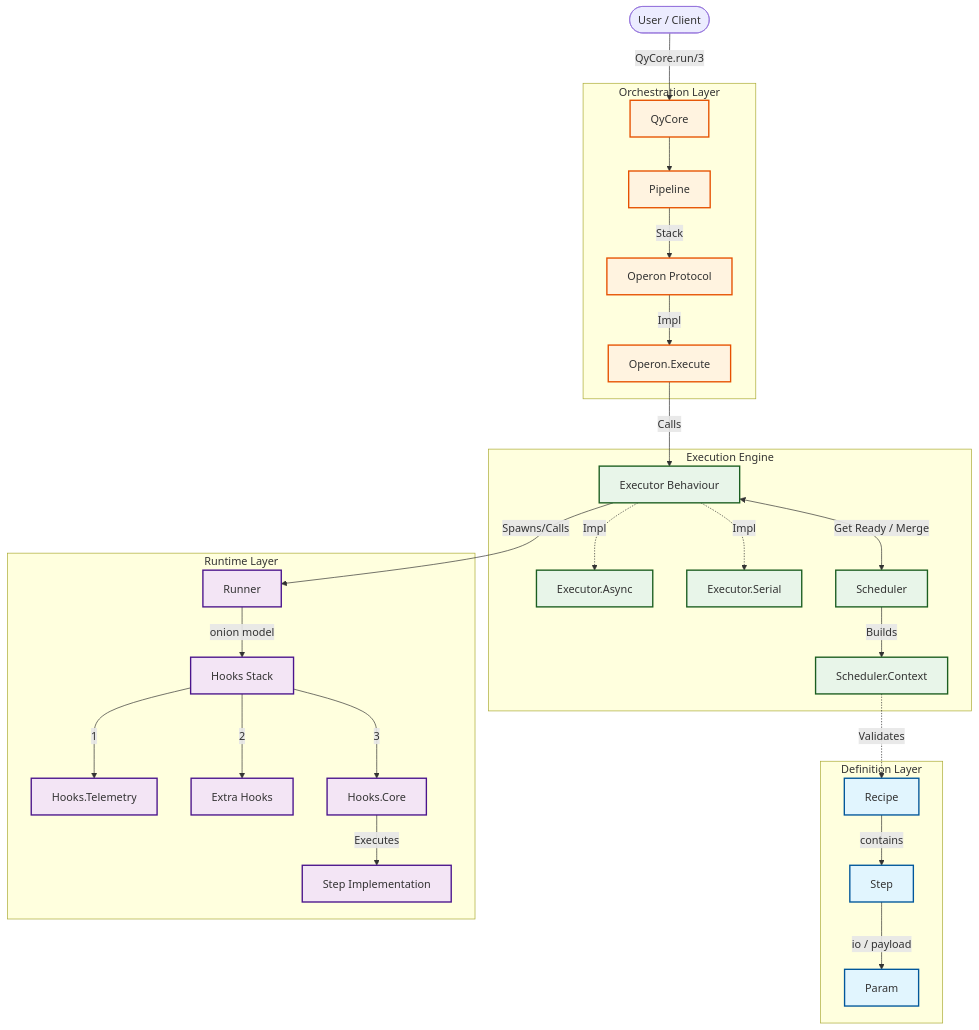
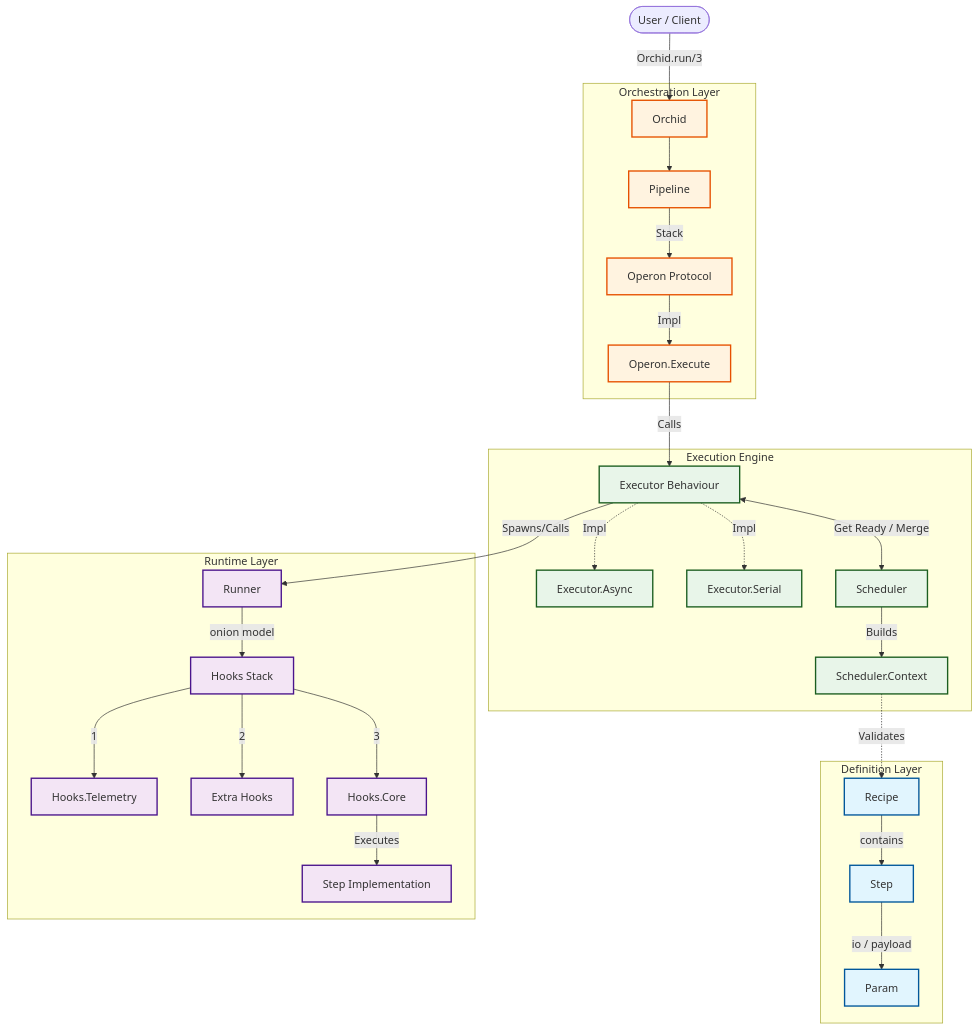
Before and after one commit to SynapticStrings/Orchid: the first of 2 diagrams in README.md, drawn with Mermaid. The commit also changed other lines of this file and 56 other files, not shown here.

Commit message:
refactor: rename project from QyCore to Orchid, let it becomes a Qy-agnostic project.

````diff
--- a/README.md
+++ b/README.md
@@ -11,46 +11,46 @@
 ```mermaid
 graph TD
     %% --- Styles ---
     classDef definition fill:#e1f5fe,stroke:#01579b,stroke-width:2px;
     classDef core fill:#fff3e0,stroke:#e65100,stroke-width:2px;
     classDef execution fill:#e8f5e9,stroke:#1b5e20,stroke-width:2px;
     classDef runtime fill:#f3e5f5,stroke:#4a148c,stroke-width:2px;
     classDef user fill:#eceff1,stroke:#37474f,stroke-dasharray: 5 5;
 
-    User([User / Client]) -->|QyCore.run/3| API[QyCore]:::core
+    User([User / Client]) -->|Orchid.run/3| API[Orchid]:::core
 
     subgraph Definition [Definition Layer]
         Recipe[Recipe]:::definition
         Step[Step]:::definition
         Param[Param]:::definition
         Recipe -->|contains| Step
         Step -->|io / payload| Param
     end
 
     subgraph Core [Orchestration Layer]
         API --> Pipeline:::core
         Pipeline -->|Stack| Operon[Operon Protocol]:::core
         Operon -->|Impl| OpExec[Operon.Execute]:::core
     end
 
     subgraph Execution [Execution Engine]
         OpExec -->|Calls| Executor[Executor Behaviour]:::execution
         Executor -.->|Impl| ExecAsync[Executor.Async]:::execution
         Executor -.->|Impl| ExecSerial[Executor.Serial]:::execution
         
         Executor <-->|Get Ready / Merge| Scheduler:::execution
         Scheduler -->|Builds| Context[Scheduler.Context]:::execution
         Context -.->|Validates| Recipe
     end
 
     subgraph RunnerSys [Runtime Layer]
         Executor -->|Spawns/Calls| Runner:::runtime
         Runner -->|onion model| HookStack[Hooks Stack]:::runtime
         
         HookStack -->|1| H_Telem[Hooks.Telemetry]:::runtime
         HookStack -->|2| H_Extra[Extra Hooks]:::runtime
         HookStack -->|3| H_Core[Hooks.Core]:::runtime
         
         H_Core -->|Executes| StepImpl[Step Implementation]:::runtime
     end
 ```
````
